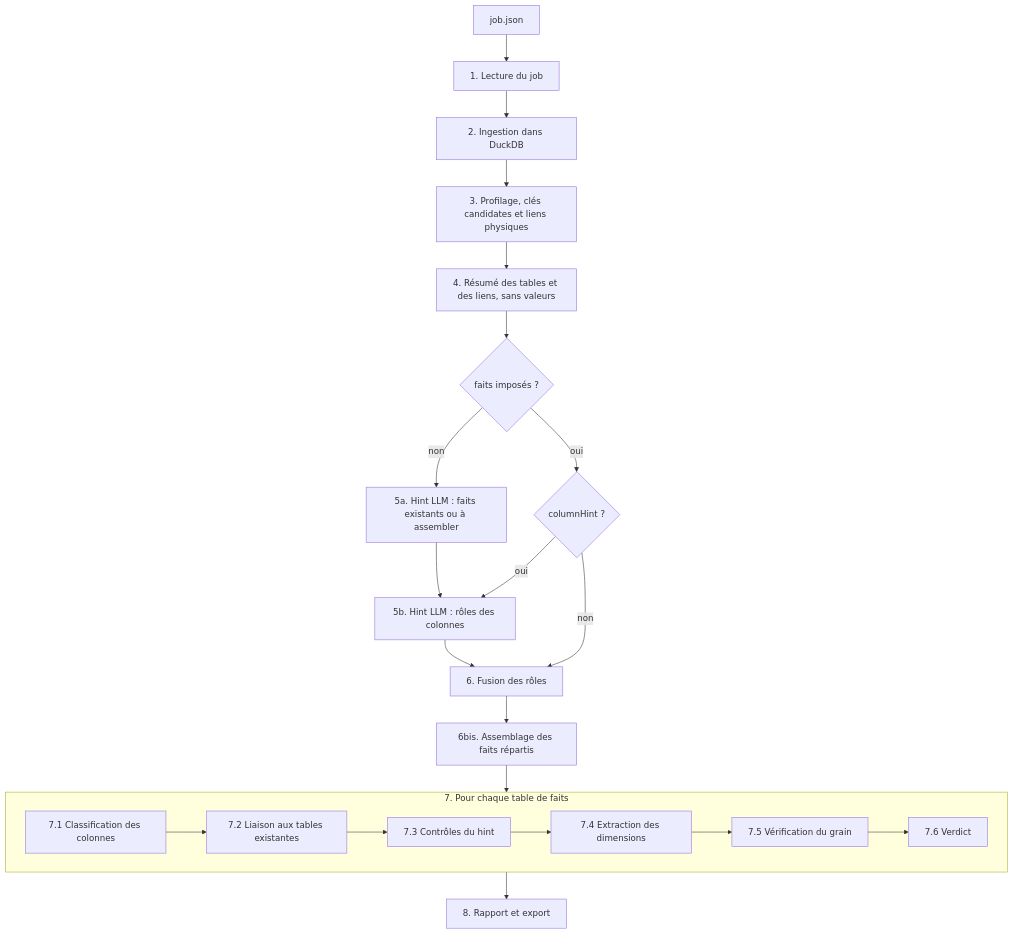
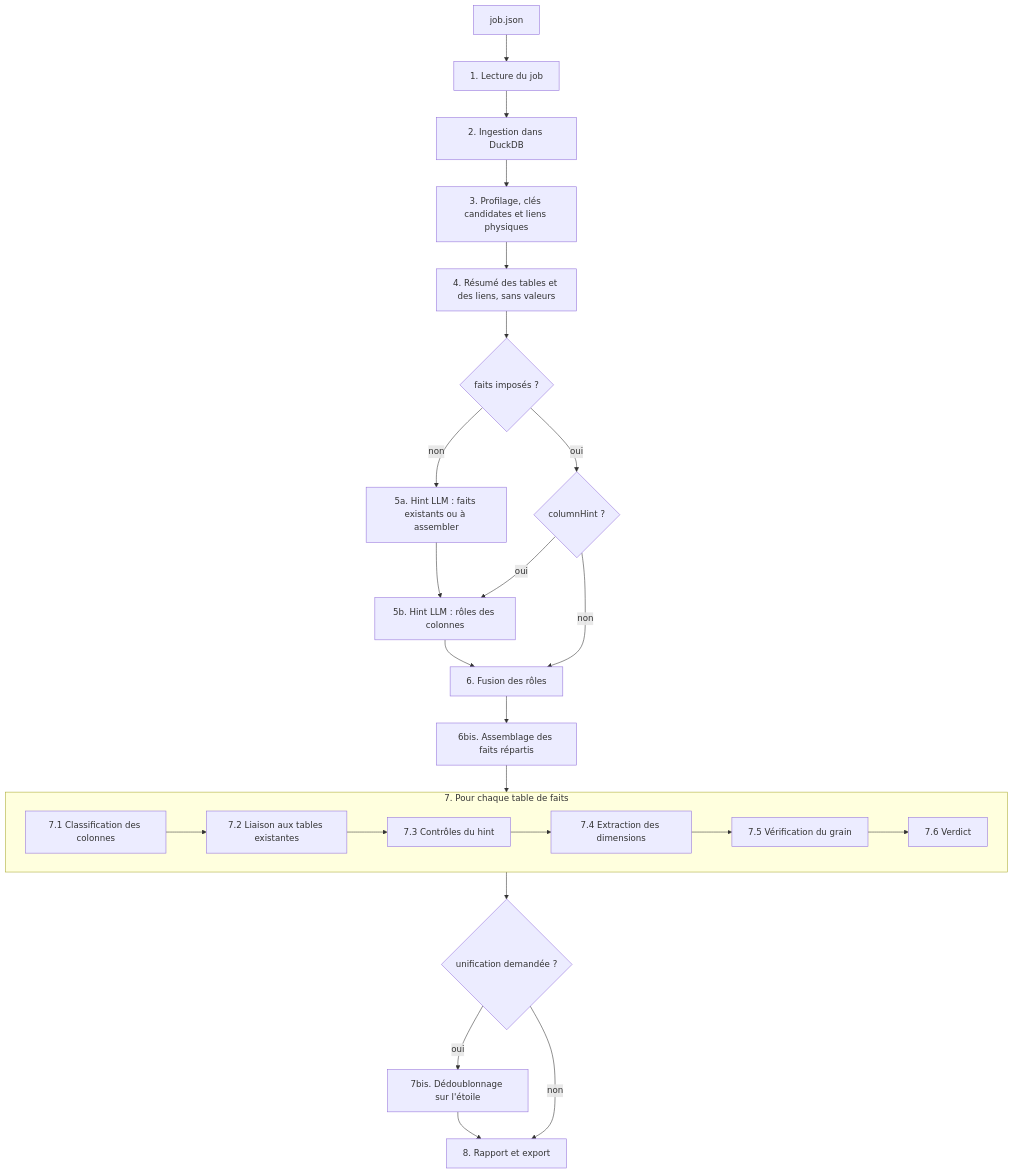
The first of 2 diagrams in PIPELINE.md (Turlure-Nael-23018992/kawakiriv3), drawn with Mermaid before and after one commit. The commit also changed other lines of this file and 90 other files, not shown here.

````diff
--- a/PIPELINE.md
+++ b/PIPELINE.md
@@ -12,26 +12,29 @@
 ```mermaid
 flowchart TD
     J[job.json] --> A[1. Lecture du job]
     A --> B[2. Ingestion dans DuckDB]
     B --> C[3. Profilage, clés candidates et liens physiques]
     C --> D[4. Résumé des tables et des liens, sans valeurs]
     D --> E{faits imposés ?}
     E -- non --> F[5a. Hint LLM : faits existants ou à assembler]
     E -- oui --> G{columnHint ?}
     F --> H[5b. Hint LLM : rôles des colonnes]
     G -- oui --> H
     G -- non --> I[6. Fusion des rôles]
     H --> I
     I --> M[6bis. Assemblage des faits répartis]
     M --> K
 
     subgraph K [7. Pour chaque table de faits]
         K1[7.1 Classification des colonnes] --> K2[7.2 Liaison aux tables existantes]
         K2 --> K3[7.3 Contrôles du hint]
         K3 --> K4[7.4 Extraction des dimensions]
         K4 --> K5[7.5 Vérification du grain]
         K5 --> K6[7.6 Verdict]
     end
 
-    K --> L[8. Rapport et export]
+    K --> U{unification demandée ?}
+    U -- oui --> V[7bis. Dédoublonnage sur l'étoile]
+    U -- non --> L
+    V --> L[8. Rapport et export]
 ```
````
